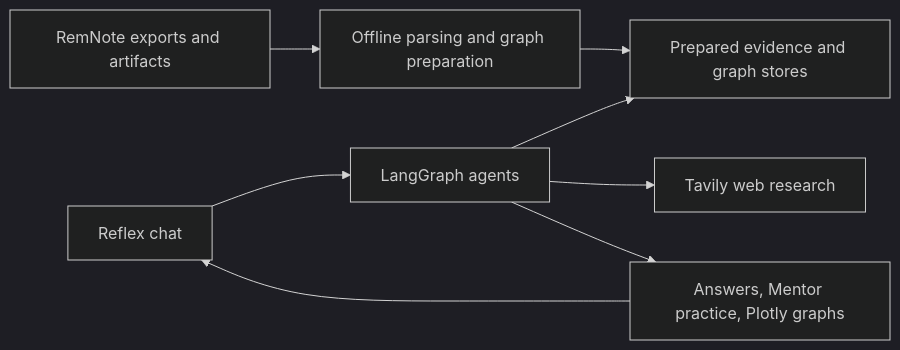
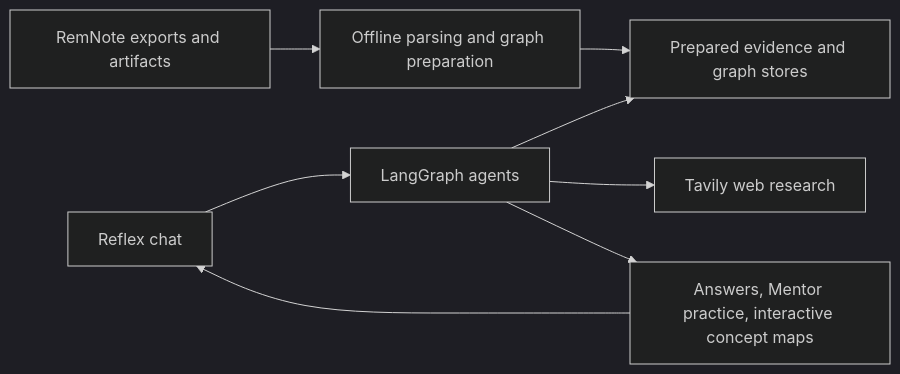
One commit to KseniaGu/remnote-graph-rag changed the diagram in README.md. Above: the diagram before and after it, drawn with Mermaid (dark theme). The commit also changed other lines of this file and 64 other files, not shown here.

Commit message:
Redesign AI Practice with Study and interactive concept maps

````diff
--- a/README.md
+++ b/README.md
@@ -19,10 +21,10 @@
 ```mermaid
 flowchart LR
     A[RemNote exports and artifacts] --> B[Offline parsing and graph preparation]
     B --> C[Prepared evidence and graph stores]
     D[Reflex chat] --> E[LangGraph agents]
     E --> C
     E --> F[Tavily web research]
-    E --> G[Answers, Mentor practice, Plotly graphs]
+    E --> G[Answers, Mentor practice, interactive concept maps]
     G --> D
 ```
````
